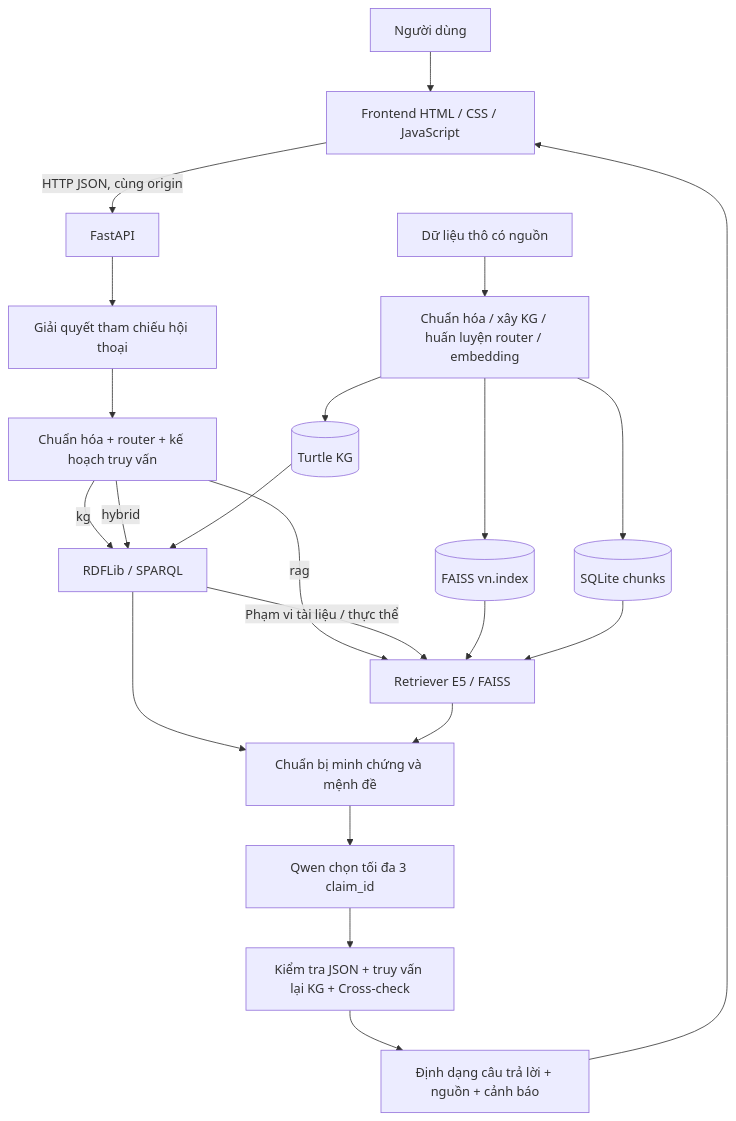
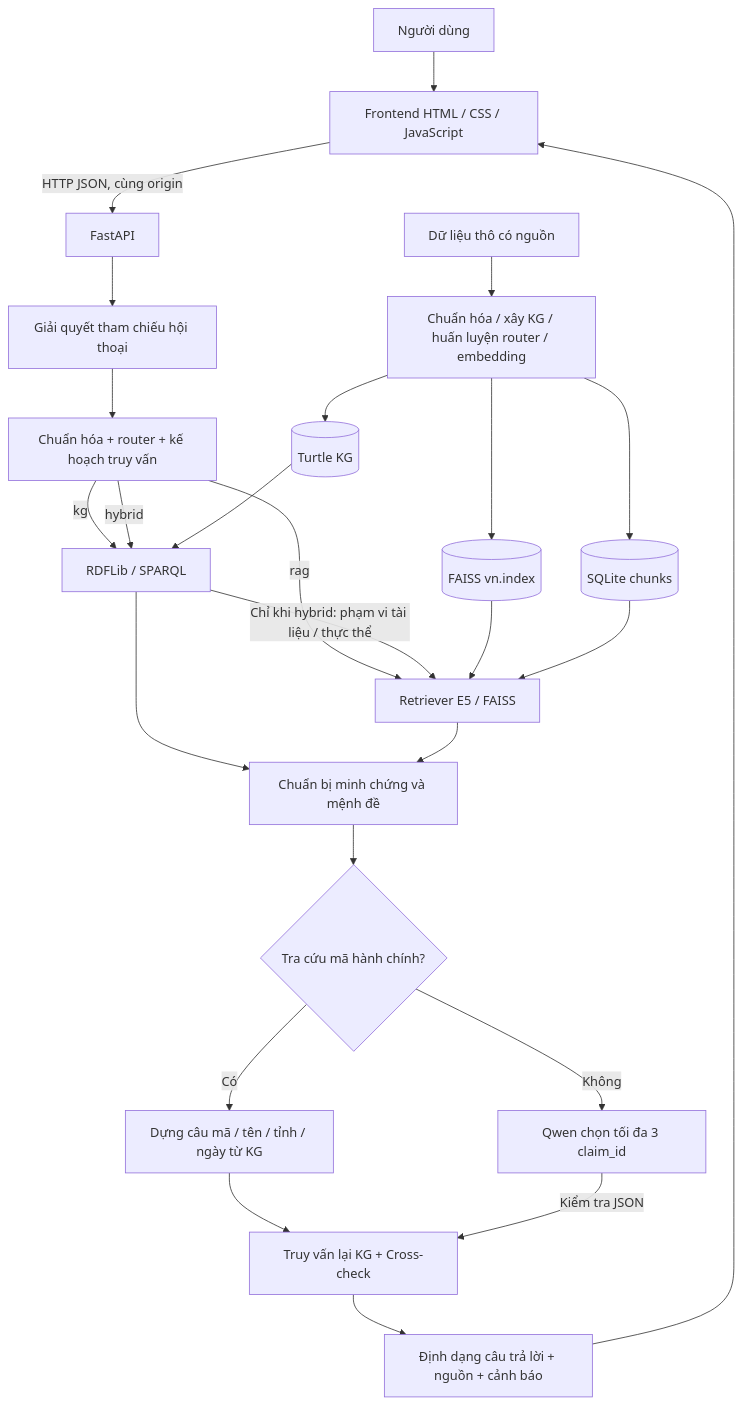
The diagram in SOURCE/docs/ARCHITECTURE.md (amyamerkan/Graduation_Project), drawn with Mermaid before and after one commit. The commit also changed other lines of this file and 1423 other files, not shown here.

````diff
--- a/SOURCE/docs/ARCHITECTURE.md
+++ b/SOURCE/docs/ARCHITECTURE.md
@@ -10,24 +10,27 @@
 ```mermaid
 flowchart TB
     U[Người dùng] --> FE[Frontend HTML / CSS / JavaScript]
     FE -->|HTTP JSON, cùng origin| API[FastAPI]
     API --> D[Giải quyết tham chiếu hội thoại]
     D --> Q[Chuẩn hóa + router + kế hoạch truy vấn]
     Q -->|kg| KG[RDFLib / SPARQL]
     Q -->|rag| RAG[Retriever E5 / FAISS]
     Q -->|hybrid| KG
-    KG -->|Phạm vi tài liệu / thực thể| RAG
+    KG -->|Chỉ khi hybrid: phạm vi tài liệu / thực thể| RAG
     KG --> E[Chuẩn bị minh chứng và mệnh đề]
     RAG --> E
-    E --> LLM[Qwen chọn tối đa 3 claim_id]
-    LLM --> C[Kiểm tra JSON + truy vấn lại KG + Cross-check]
+    E --> MODE{Tra cứu mã hành chính?}
+    MODE -->|Có| DIRECT[Dựng câu mã / tên / tỉnh / ngày từ KG]
+    MODE -->|Không| LLM[Qwen chọn tối đa 3 claim_id]
+    DIRECT --> C[Truy vấn lại KG + Cross-check]
+    LLM -->|Kiểm tra JSON| C
     C --> OUT[Định dạng câu trả lời + nguồn + cảnh báo]
     OUT --> FE
     TTL[(Turtle KG)] --> KG
     IDX[(FAISS vn.index)] --> RAG
     SQL[(SQLite chunks)] --> RAG
     RAW[Dữ liệu thô có nguồn] --> PIPE[Chuẩn hóa / xây KG / huấn luyện router / embedding]
     PIPE --> TTL
     PIPE --> IDX
     PIPE --> SQL
 ```
````
